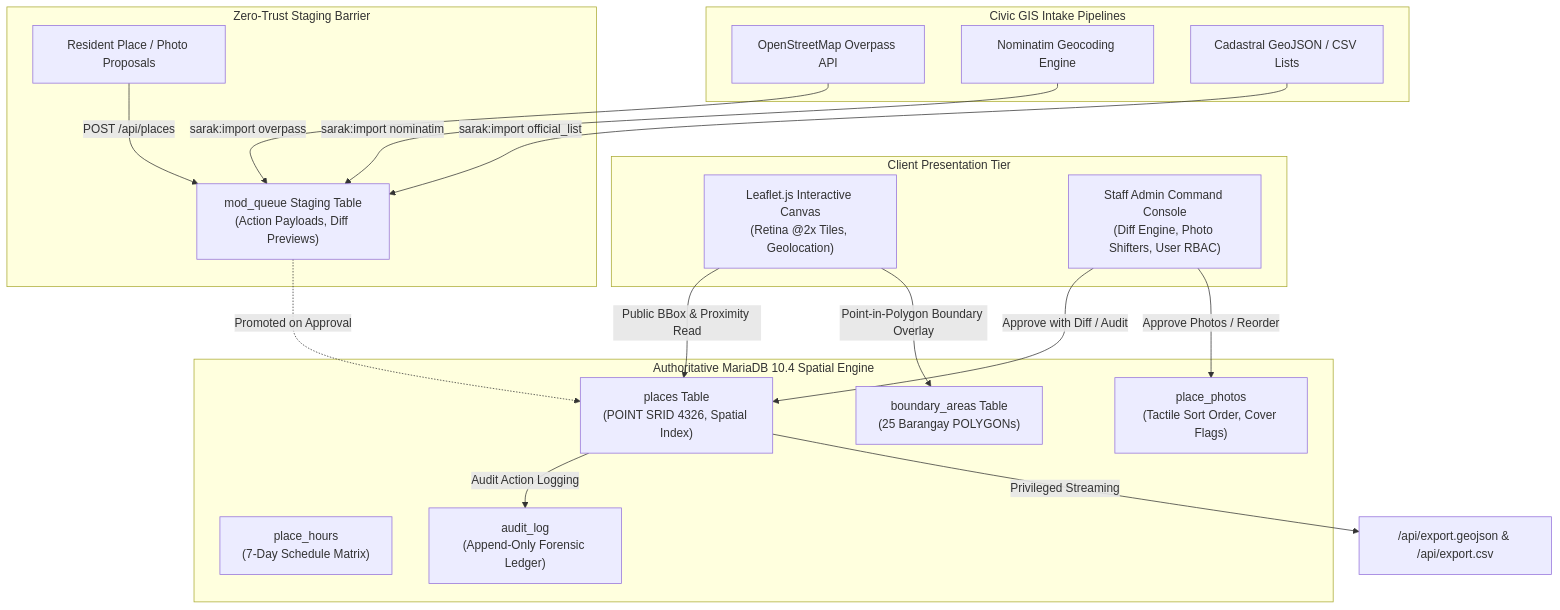
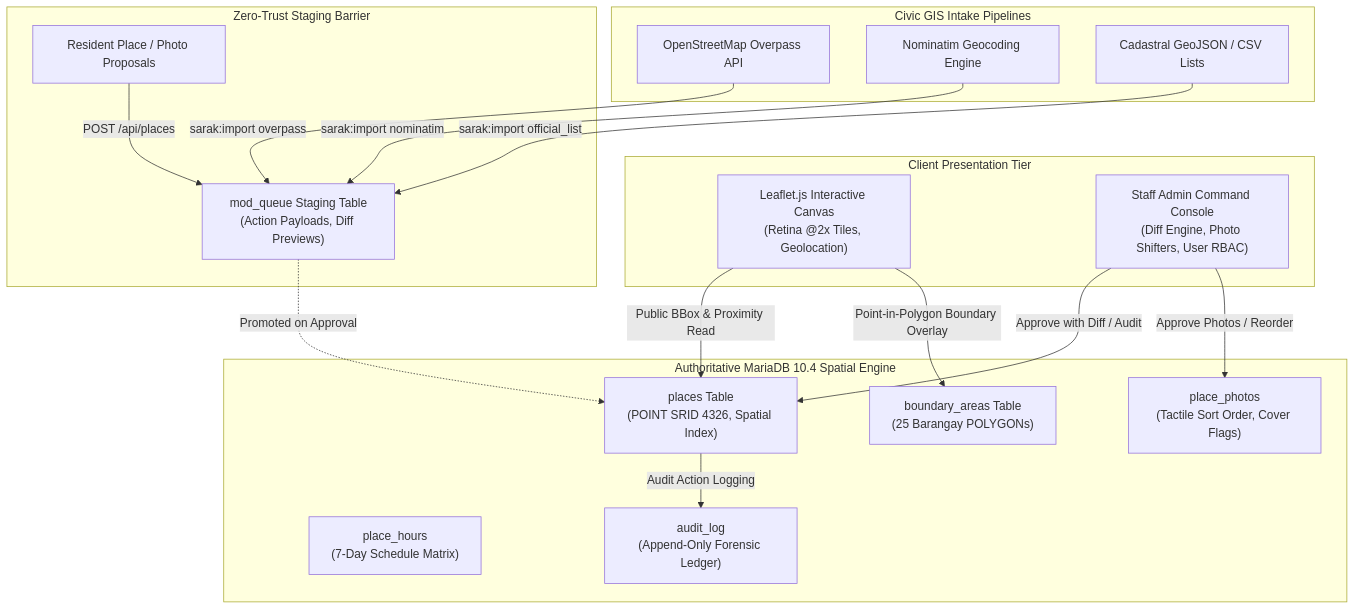
Before and after one commit to sprout-main/sarak: the diagram in README.md, drawn with Mermaid. The commit also changed other lines of this file, not shown here.

````diff
--- a/README.md
+++ b/README.md
@@ -44,38 +43,37 @@
 ```mermaid
 graph TD
     subgraph Client ["Client Presentation Tier"]
         Map["Leaflet.js Interactive Canvas<br/>(Retina @2x Tiles, Geolocation)"]
         Console["Staff Admin Command Console<br/>(Diff Engine, Photo Shifters, User RBAC)"]
     end
 
     subgraph ModerationQuarantine ["Zero-Trust Staging Barrier"]
         UserSubmissions["Resident Place / Photo Proposals"]
         ModQueue["mod_queue Staging Table<br/>(Action Payloads, Diff Previews)"]
         UserSubmissions -->|POST /api/places| ModQueue
     end
 
     subgraph SpatialCore ["Authoritative MariaDB 10.4 Spatial Engine"]
         Places["places Table<br/>(POINT SRID 4326, Spatial Index)"]
         Boundaries["boundary_areas Table<br/>(25 Barangay POLYGONs)"]
         Hours["place_hours<br/>(7-Day Schedule Matrix)"]
         Photos["place_photos<br/>(Tactile Sort Order, Cover Flags)"]
         AuditLog["audit_log<br/>(Append-Only Forensic Ledger)"]
     end
 
     subgraph IngestionDaemons ["Civic GIS Intake Pipelines"]
         OSM["OpenStreetMap Overpass API"]
         Nominatim["Nominatim Geocoding Engine"]
         OfficialList["Cadastral GeoJSON / CSV Lists"]
         OSM -->|sarak:import overpass| ModQueue
         Nominatim -->|sarak:import nominatim| ModQueue
         OfficialList -->|sarak:import official_list| ModQueue
     end
 
     Console -->|Approve with Diff / Audit| Places
     Console -->|Approve Photos / Reorder| Photos
     ModQueue -.->|Promoted on Approval| Places
     Map -->|Public BBox & Proximity Read| Places
     Map -->|Point-in-Polygon Boundary Overlay| Boundaries
     Places -->|Audit Action Logging| AuditLog
-    Places -->|Privileged Streaming| GeoJSON["/api/export.geojson & /api/export.csv"]
 ```
````
